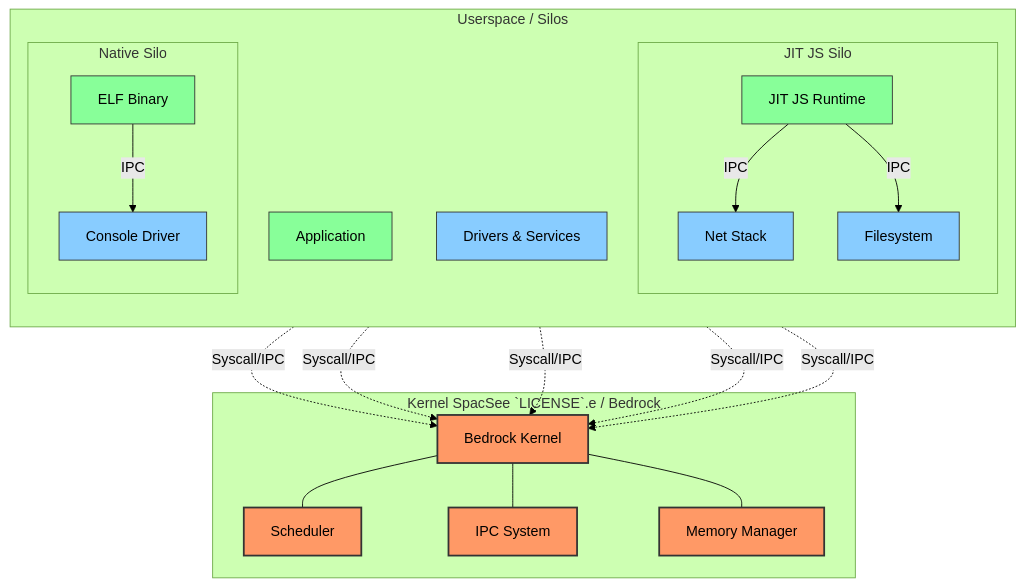
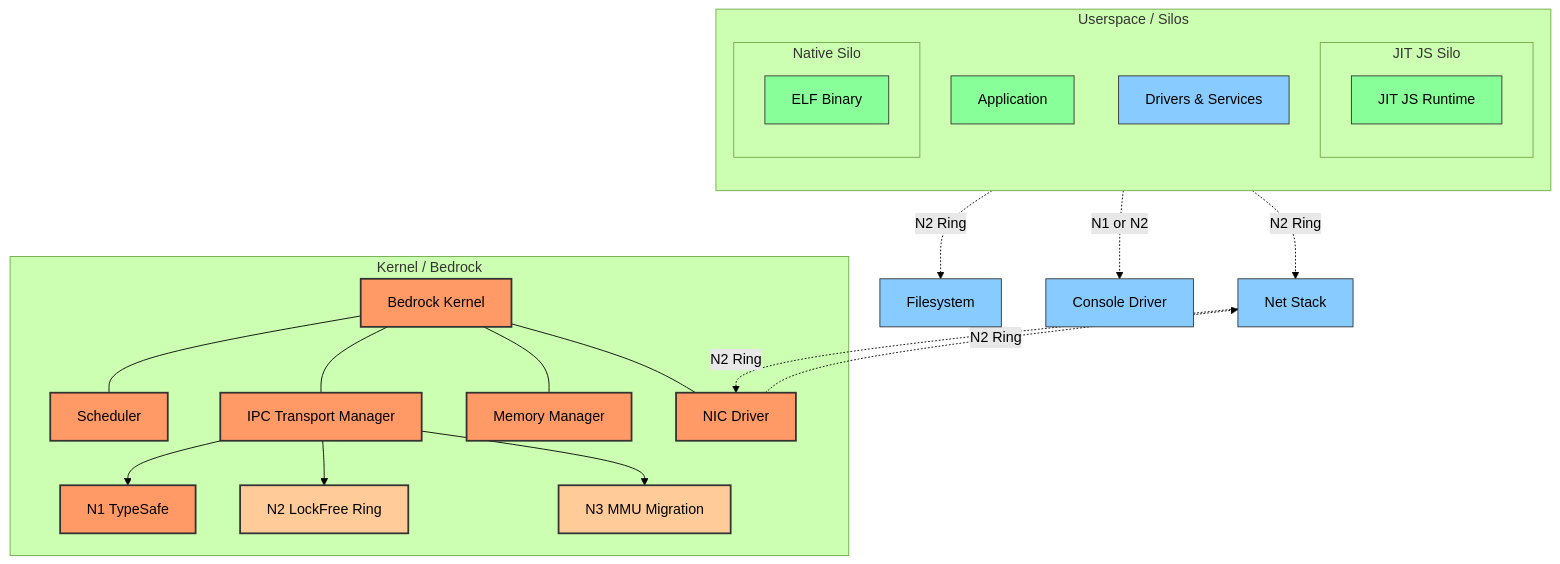
One commit to ggielly/strat9-os changed the diagram in README.md. Above: the diagram before and after it, drawn with Mermaid (forest theme). The commit also changed other lines of this file and 18 other files, not shown here.

First line of the commit message:
feat: implement IPC transport layer with 3-level architecture

````diff
--- a/README.md
+++ b/README.md
@@ -77,38 +78,46 @@
 ```mermaid
 graph TD
     subgraph Ring 3 [Userspace / Silos]
         direction TB
         App[Application]:::app
         Drivers[Drivers & Services]:::sys
 
         subgraph Silo_JS [JIT JS Silo]
-            JS_Runtime[JIT JS Runtime]:::app -->|IPC| Net[Net Stack]:::sys
-            JS_Runtime -->|IPC| FS[Filesystem]:::sys
+            JS_Runtime[JIT JS Runtime]:::app
         end
 
         subgraph Silo_Native [Native Silo]
-            ELF[ELF Binary]:::app -->|IPC| Console[Console Driver]:::sys
+            ELF[ELF Binary]:::app
         end
     end
 
-    subgraph Ring 0 [Kernel SpacSee `LICENSE`.e / Bedrock]
+    subgraph Ring 0 [Kernel / Bedrock]
         Kernel[Bedrock Kernel]:::kernel
         Sched[Scheduler]:::kernel
-        IPC[IPC System]:::kernel
+        IPC_MGR[IPC Transport Manager]:::kernel
+        N1[N1 TypeSafe]:::kernel
+        N2[N2 LockFree Ring]:::transport
+        N3[N3 MMU Migration]:::transport
         MM[Memory Manager]:::kernel
+        NIC[NIC Driver]:::kernel
 
         Kernel --- Sched
-        Kernel --- IPC
+        Kernel --- IPC_MGR
+        IPC_MGR --> N1
+        IPC_MGR --> N2
+        IPC_MGR --> N3
         Kernel --- MM
+        Kernel --- NIC
     end
 
-    JS_Runtime -.->|Syscall/IPC| Kernel
-    Net -.->|Syscall/IPC| Kernel
-    FS -.->|Syscall/IPC| Kernel
-    ELF -.->|Syscall/IPC| Kernel
-    Console -.->|Syscall/IPC| Kernel
+    JS_Runtime -.->|N2 Ring| Net[Net Stack]:::sys
+    JS_Runtime -.->|N2 Ring| FS[Filesystem]:::sys
+    ELF -.->|N1 or N2| Console[Console Driver]:::sys
+    Net -.->|N2 Ring| NIC
+    NIC -.->|N2 Ring| Net
 
     classDef kernel fill:#f96,stroke:#333,stroke-width:2px;
+    classDef transport fill:#fc9,stroke:#333,stroke-width:2px;
     classDef sys fill:#8cf,stroke:#333,stroke-width:1px;
     classDef app fill:#8f9,stroke:#333,stroke-width:1px;
 ```
````
